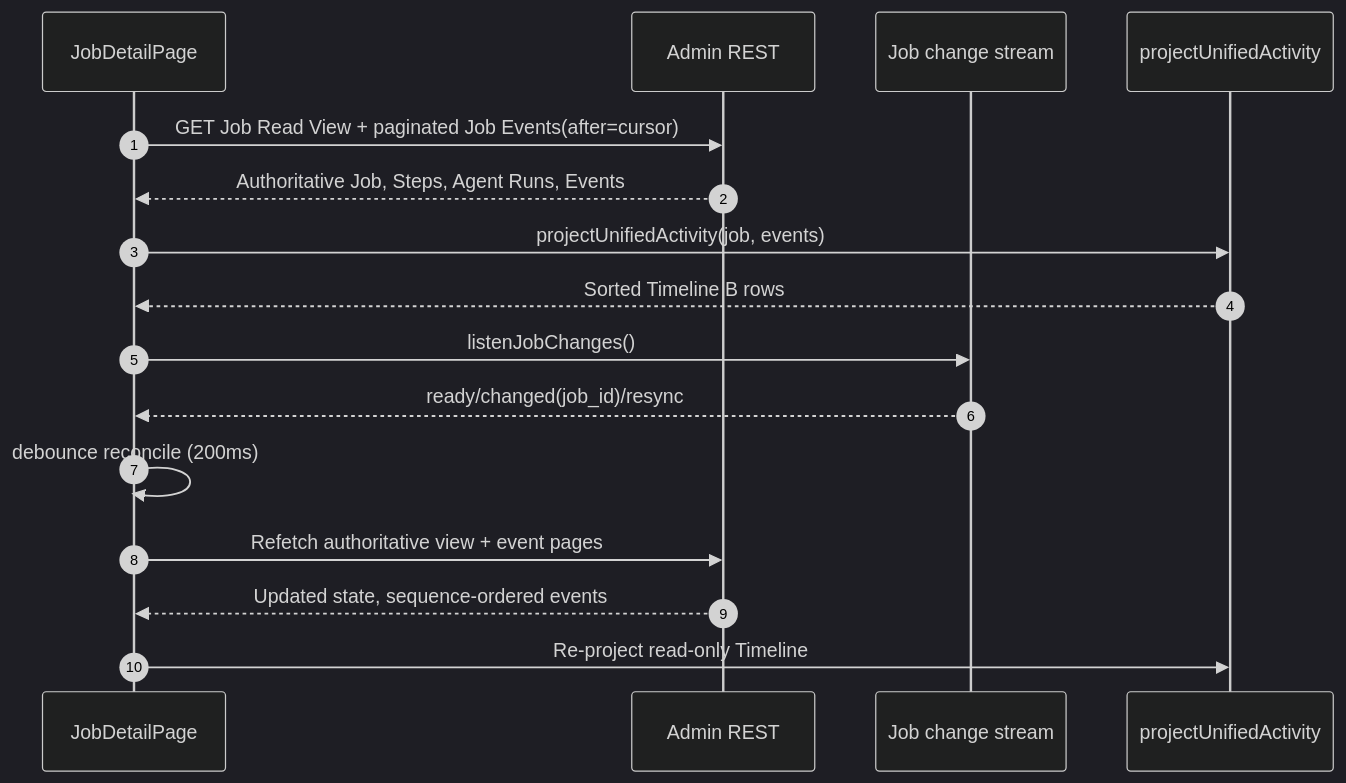
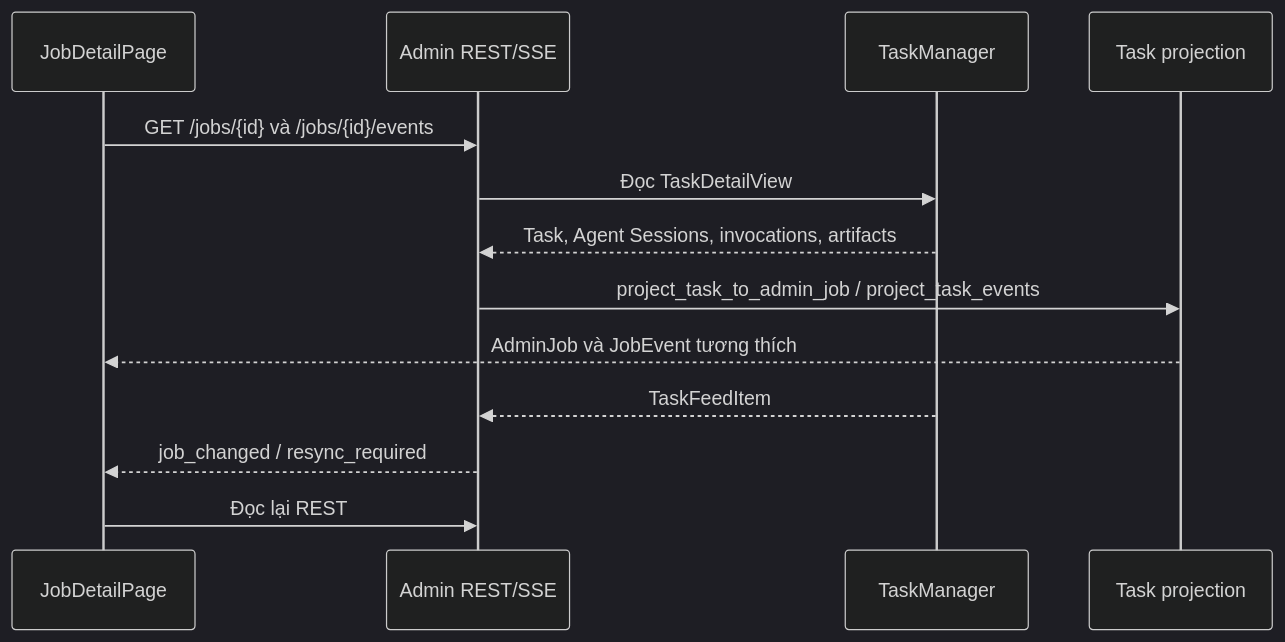
One commit to hailp-vn38/ai-agent-voice changed the diagram in docs/flows/09-agent-job-web-timeline.md. Above: the diagram before and after it, drawn with Mermaid (dark theme). The commit also changed other lines of this file and 65 other files, not shown here.

````diff
--- a/docs/flows/09-agent-job-web-timeline.md
+++ b/docs/flows/09-agent-job-web-timeline.md
@@ -7,18 +16,15 @@
 ```mermaid
 sequenceDiagram
-    autonumber
     participant UI as JobDetailPage
-    participant REST as Admin REST
-    participant SSE as Job change stream
-    participant P as projectUnifiedActivity
-    UI->>REST: GET Job Read View + paginated Job Events(after=cursor)
-    REST-->>UI: Authoritative Job, Steps, Agent Runs, Events
-    UI->>P: projectUnifiedActivity(job, events)
-    P-->>UI: Sorted Timeline B rows
-    UI->>SSE: listenJobChanges()
-    SSE-->>UI: ready/changed(job_id)/resync
-    UI->>UI: debounce reconcile (200ms)
-    UI->>REST: Refetch authoritative view + event pages
-    REST-->>UI: Updated state, sequence-ordered events
-    UI->>P: Re-project read-only Timeline
+    participant API as Admin REST/SSE
+    participant TM as TaskManager
+    participant P as Task projection
+    UI->>API: GET /jobs/{id} và /jobs/{id}/events
+    API->>TM: Đọc TaskDetailView
+    TM-->>API: Task, Agent Sessions, invocations, artifacts
+    API->>P: project_task_to_admin_job / project_task_events
+    P-->>UI: AdminJob và JobEvent tương thích
+    TM-->>API: TaskFeedItem
+    API-->>UI: job_changed / resync_required
+    UI->>API: Đọc lại REST
 ```
````
